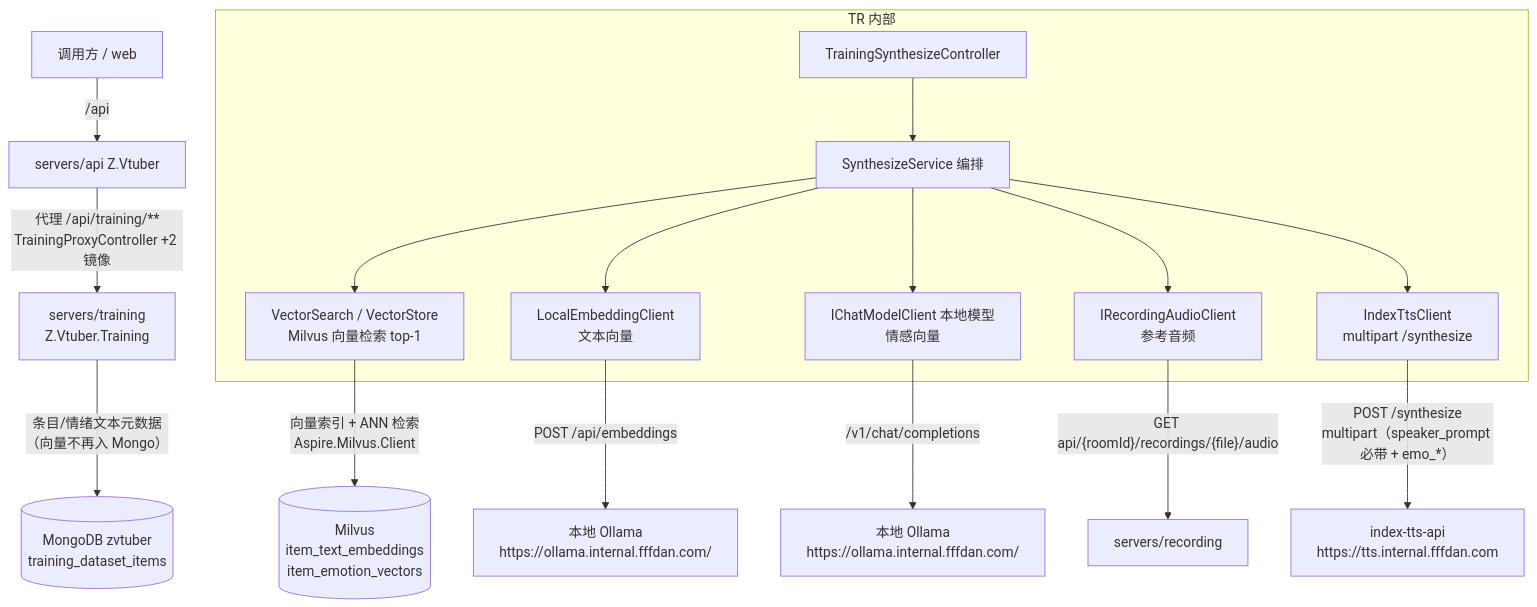
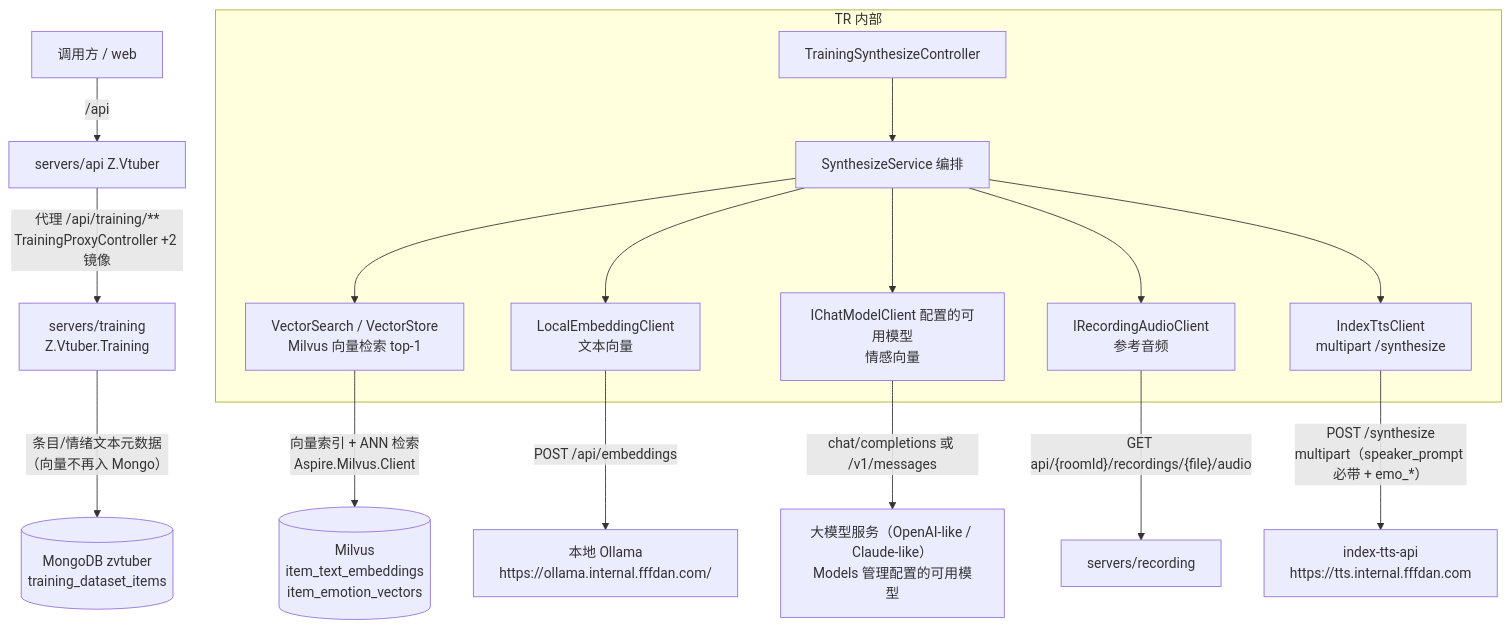
The first of 3 diagrams in docs/engineering/proposals/20260929-proposal-training-audio-synthesize.md (Deliay/z-vtuber), drawn with Mermaid before and after one commit. The commit also changed other lines of this file and 1 other file, not shown here.

````diff
--- a/docs/engineering/proposals/20260929-proposal-training-audio-synthesize.md
+++ b/docs/engineering/proposals/20260929-proposal-training-audio-synthesize.md
@@ -61,19 +62,19 @@
 ```mermaid
 graph TD
     Caller[调用方 / web] -->|/api| API[servers/api Z.Vtuber]
     API -->|"代理 /api/training/**<br/>TrainingProxyController +2 镜像"| TR[servers/training<br/>Z.Vtuber.Training]
     subgraph TR 内部
       SC[TrainingSynthesizeController] --> SS[SynthesizeService 编排]
       SS --> VE[VectorSearch / VectorStore<br/>Milvus 向量检索 top-1]
       SS --> EB[LocalEmbeddingClient<br/>文本向量]
-      SS --> CH[IChatModelClient 本地模型<br/>情感向量]
+      SS --> CH[IChatModelClient 配置的可用模型<br/>情感向量]
       SS --> RA[IRecordingAudioClient<br/>参考音频]
       SS --> TT[IndexTtsClient<br/>multipart /synthesize]
     end
     EB -->|"POST /api/embeddings"| LEMB["本地 Ollama<br/>https://ollama.internal.fffdan.com/"]
-    CH -->|"/v1/chat/completions"| LLM["本地 Ollama<br/>https://ollama.internal.fffdan.com/"]
+    CH -->|"chat/completions 或 /v1/messages"| LLM["大模型服务（OpenAI-like / Claude-like）<br/>Models 管理配置的可用模型"]
     VE -->|"向量索引 + ANN 检索<br/>Aspire.Milvus.Client"| MIL[(Milvus<br/>item_text_embeddings<br/>item_emotion_vectors)]
     RA -->|"GET api/{roomId}/recordings/{file}/audio"| REC[servers/recording]
     TT -->|"POST /synthesize<br/>multipart（speaker_prompt 必带 + emo_*）"| TTS["index-tts-api<br/>https://tts.internal.fffdan.com"]
     TR -->|"条目/情绪文本元数据<br/>（向量不再入 Mongo）"| M[(MongoDB zvtuber<br/>training_dataset_items)]
 ```
````
